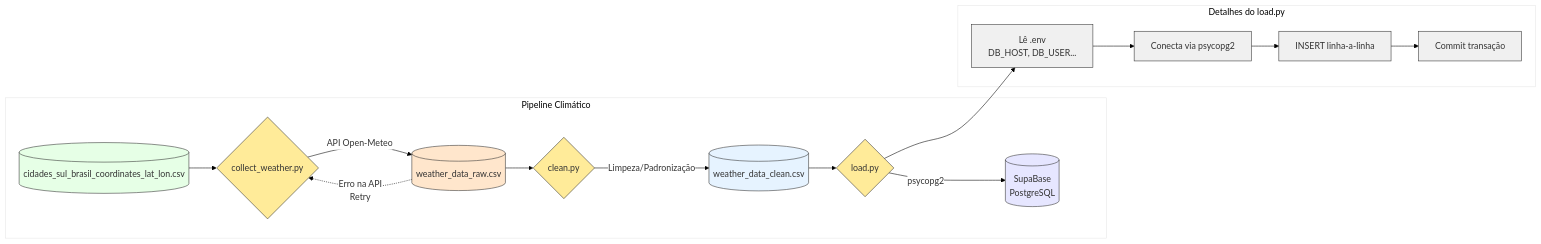
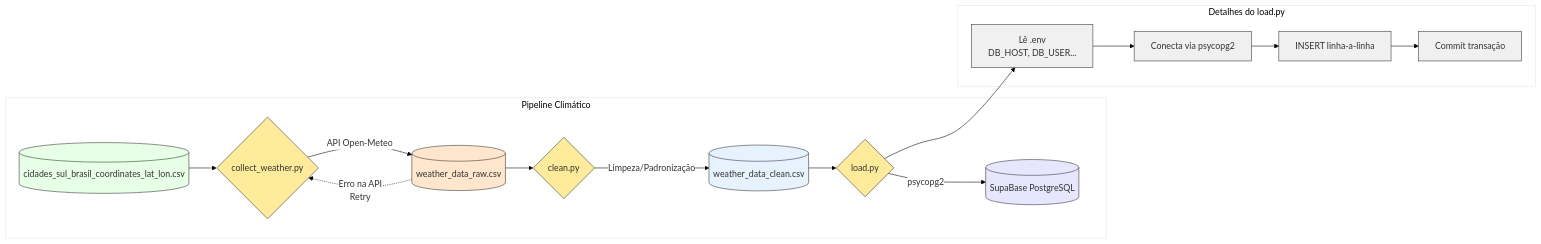
One commit to luizcaixeta/case_tecnico_10_pasteis changed the second of 2 diagrams in README.md. Above: the diagram before and after it, drawn with Mermaid.

````diff
--- a/README.md
+++ b/README.md
@@ -53,33 +53,33 @@
 ```mermaid
 %%{init: {'theme': 'base', 'themeVariables': { 'primaryColor': '#ffffff', 'background': '#ffffff', 'primaryBorderColor': '#000000', 'lineColor': '#000000'}}}%%
 flowchart LR
     subgraph "Pipeline Climático"
         A[("cidades_sul_brasil_coordinates_lat_lon.csv")] --> B{collect_weather.py}
         B -->|API Open-Meteo| C[("weather_data_raw.csv")]
         C --> D{clean.py}
         D -->|Limpeza/Padronização| E[("weather_data_clean.csv")]
         E --> F{load.py}
-        F -->|psycopg2| G[(SupaBase\nPostgreSQL)]
+        F -->|psycopg2| G[(SupaBase PostgreSQL)]
         C -.->|Erro na API\nRetry| B
     end
 
     subgraph "Detalhes do load.py"
         F --> H[Lê .env\nDB_HOST, DB_USER...]
         H --> I[Conecta via psycopg2]
         I --> J[INSERT linha-a-linha]
         J --> K[Commit transação]
     end
 
     style A fill:#e6ffe6,stroke:#333
     style B fill:#ffeb99,stroke:#333
     style C fill:#ffe6cc,stroke:#333
     style D fill:#ffeb99,stroke:#333
     style E fill:#e6f3ff,stroke:#333
     style F fill:#ffeb99,stroke:#333
     style G fill:#e6e6ff,stroke:#333
     style H fill:#f0f0f0,stroke:#333
     style I fill:#f0f0f0,stroke:#333
     style J fill:#f0f0f0,stroke:#333
     style K fill:#f0f0f0,stroke:#333
 
 ```
````
